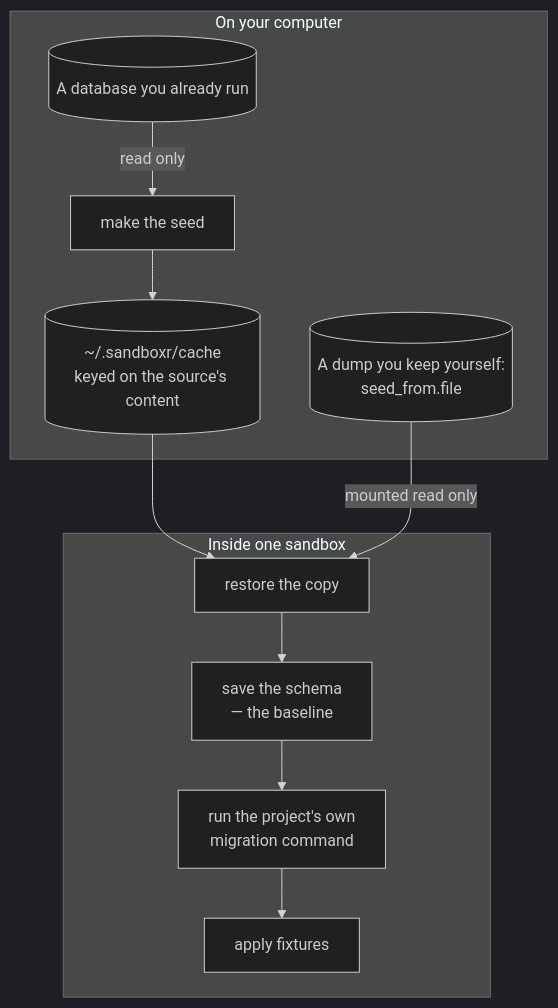
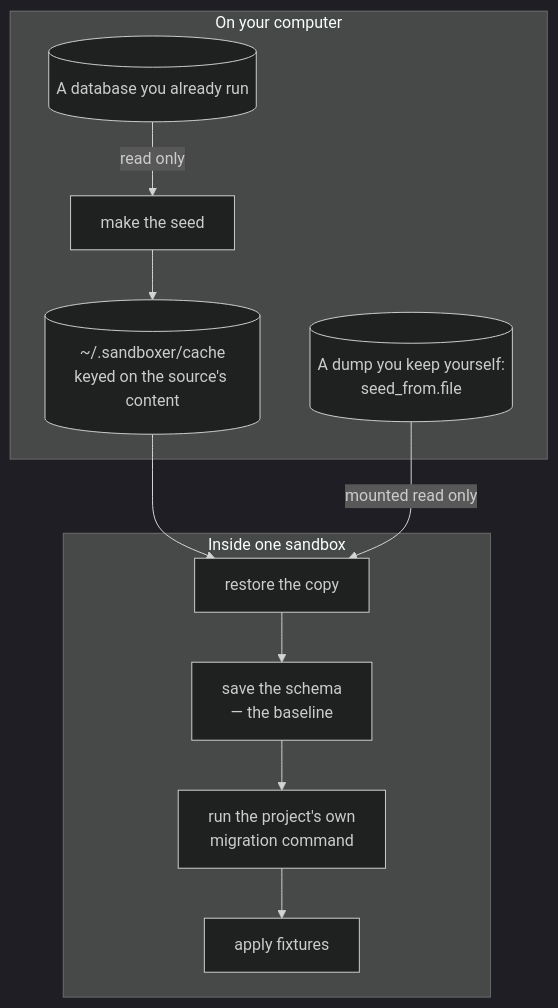
The diagram in docs/databases.md (mattmoran56/sandboxer-core), drawn with Mermaid (dark theme) before and after one commit. The commit also changed other lines of this file and 215 other files, not shown here.

````diff
--- a/docs/databases.md
+++ b/docs/databases.md
@@ -111,20 +111,20 @@
 ```mermaid
 flowchart TB
   subgraph hostside["On your computer"]
     src[("A database you already run")]
     ps["make the seed"]
-    cache[("~/.sandboxr/cache<br/>keyed on the source's content")]
+    cache[("~/.sandboxer/cache<br/>keyed on the source's content")]
     decl[("A dump you keep yourself:<br/>seed_from.file")]
   end
   subgraph inside["Inside one sandbox"]
     prov["restore the copy"]
     snap1["save the schema<br/>— the baseline"]
     mig["run the project's own<br/>migration command"]
     fx["apply fixtures"]
   end
   src -->|"read only"| ps
   ps --> cache
   cache --> prov
   decl -->|"mounted read only"| prov
   prov --> snap1 --> mig --> fx
 ```
````
